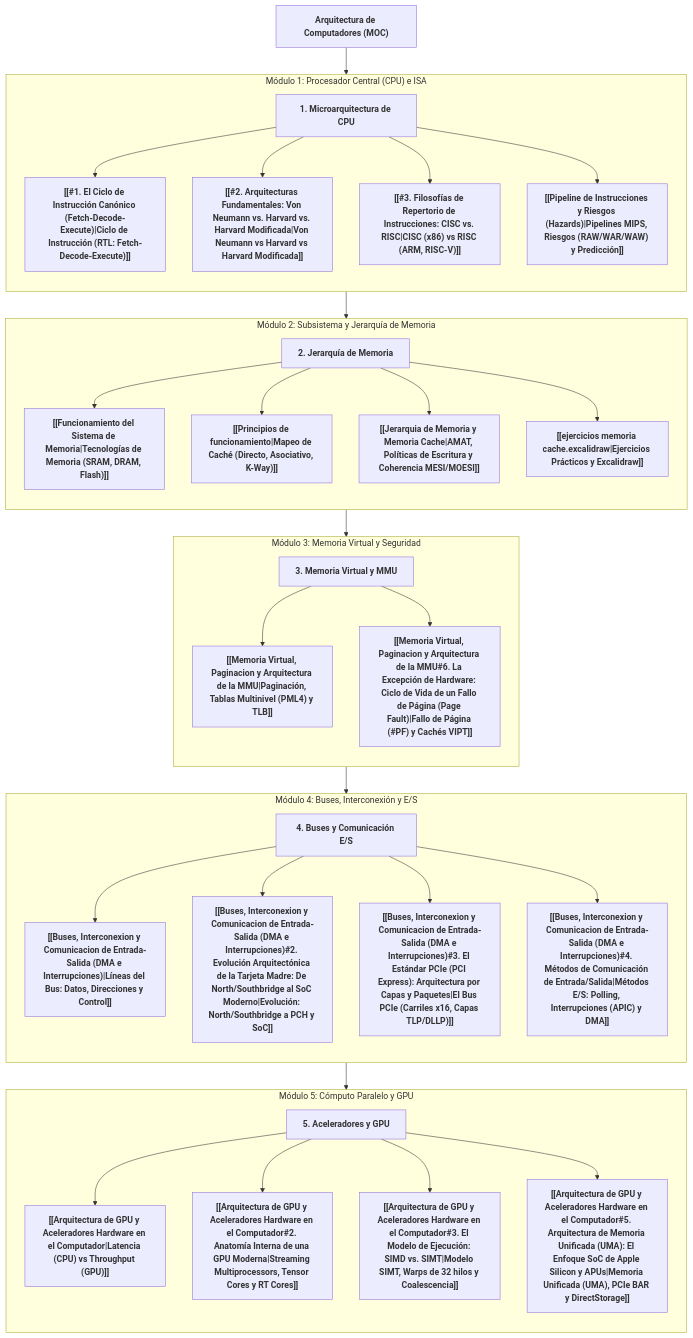
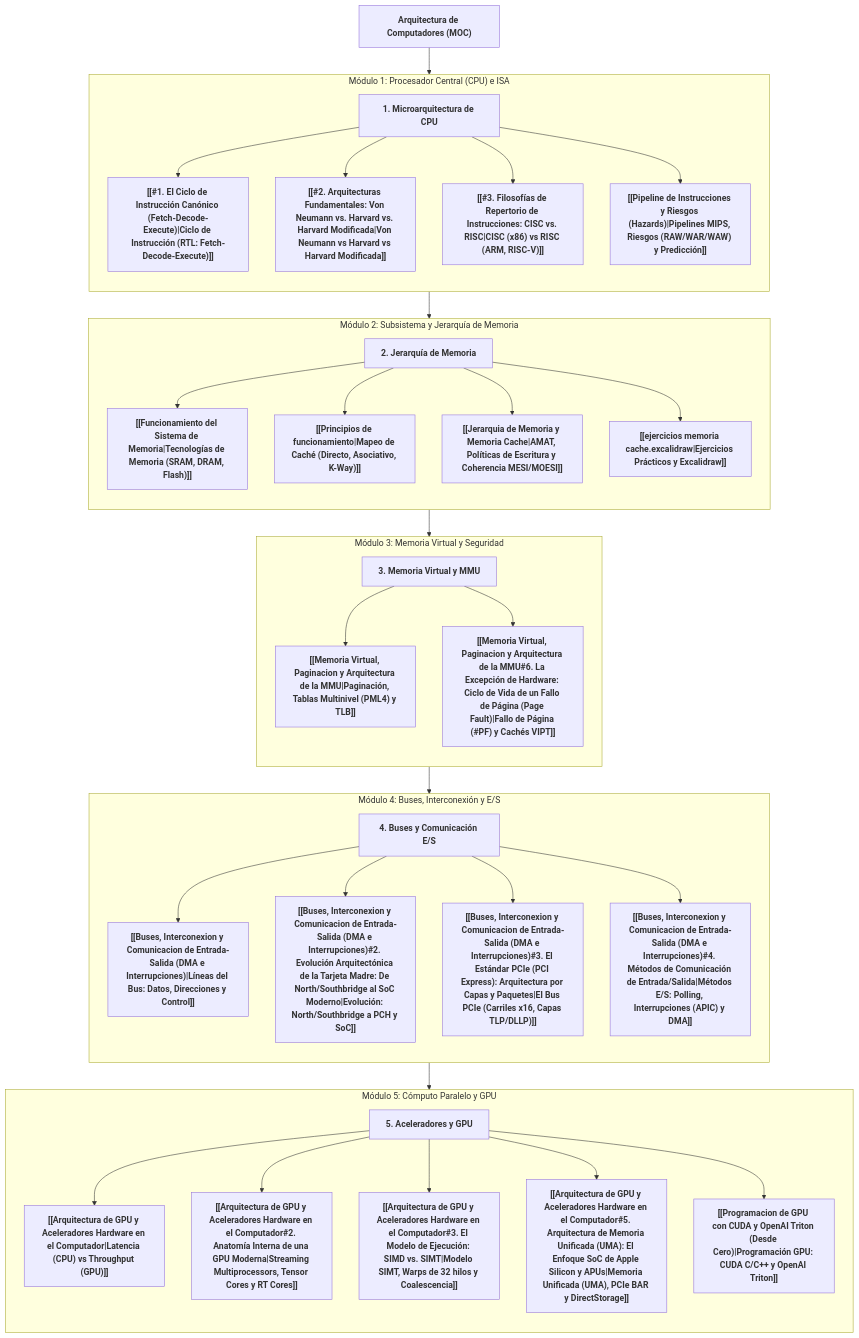
The second of 7 diagrams in Obsidian/pregrado/Documentos/Arquitectura de computadores/Arquitectura de Computadores.md (kalech7/notes), drawn with Mermaid before and after one commit. The commit also changed other lines of this file and 3 other files, not shown here.

Commit message:
feat(multiprocesamiento): agrega guia de CUDA y Triton desde cero, explica Kernel de SO vs GPU y conecta MOC de arquitectura

````diff
--- a/Obsidian/pregrado/Documentos/Arquitectura de computadores/Arquitectura de Computadores.md
+++ b/Obsidian/pregrado/Documentos/Arquitectura de computadores/Arquitectura de Computadores.md
@@ -55,58 +56,59 @@
 ```mermaid
 flowchart TD
     AC["<b>Arquitectura de Computadores (MOC)</b>"]
 
     subgraph Modulo1 ["Módulo 1: Procesador Central (CPU) e ISA"]
         direction TB
         CPU["<b>1. Microarquitectura de CPU</b>"]
         C_Cycle["<b>[[#1. El Ciclo de Instrucción Canónico (Fetch-Decode-Execute)|Ciclo de Instrucción (RTL: Fetch-Decode-Execute)]]</b>"]
         C_Arch["<b>[[#2. Arquitecturas Fundamentales: Von Neumann vs. Harvard vs. Harvard Modificada|Von Neumann vs Harvard vs Harvard Modificada]]</b>"]
         C_ISA["<b>[[#3. Filosofías de Repertorio de Instrucciones: CISC vs. RISC|CISC (x86) vs RISC (ARM, RISC-V)]]</b>"]
         C_Pipe["<b>[[Pipeline de Instrucciones y Riesgos (Hazards)|Pipelines MIPS, Riesgos (RAW/WAR/WAW) y Predicción]]</b>"]
         CPU --> C_Cycle & C_Arch & C_ISA & C_Pipe
     end
 
     subgraph Modulo2 ["Módulo 2: Subsistema y Jerarquía de Memoria"]
         direction TB
         MEM["<b>2. Jerarquía de Memoria</b>"]
         M_Tech["<b>[[Funcionamiento del Sistema de Memoria|Tecnologías de Memoria (SRAM, DRAM, Flash)]]</b>"]
         M_Princ["<b>[[Principios de funcionamiento|Mapeo de Caché (Directo, Asociativo, K-Way)]]</b>"]
         M_Hier["<b>[[Jerarquia de Memoria y Memoria Cache|AMAT, Políticas de Escritura y Coherencia MESI/MOESI]]</b>"]
         M_Ex["<b>[[ejercicios memoria cache.excalidraw|Ejercicios Prácticos y Excalidraw]]</b>"]
         MEM --> M_Tech & M_Princ & M_Hier & M_Ex
     end
 
     subgraph Modulo3 ["Módulo 3: Memoria Virtual y Seguridad"]
         direction TB
         VM["<b>3. Memoria Virtual y MMU</b>"]
         V_MMU["<b>[[Memoria Virtual, Paginacion y Arquitectura de la MMU|Paginación, Tablas Multinivel (PML4) y TLB]]</b>"]
         V_PF["<b>[[Memoria Virtual, Paginacion y Arquitectura de la MMU#6. La Excepción de Hardware: Ciclo de Vida de un Fallo de Página (Page Fault)|Fallo de Página (#PF) y Cachés VIPT]]</b>"]
         VM --> V_MMU & V_PF
     end
 
     subgraph Modulo4 ["Módulo 4: Buses, Interconexión y E/S"]
         direction TB
         BUS["<b>4. Buses y Comunicación E/S</b>"]
         B_Bus["<b>[[Buses, Interconexion y Comunicacion de Entrada-Salida (DMA e Interrupciones)|Líneas del Bus: Datos, Direcciones y Control]]</b>"]
         B_Evol["<b>[[Buses, Interconexion y Comunicacion de Entrada-Salida (DMA e Interrupciones)#2. Evolución Arquitectónica de la Tarjeta Madre: De North/Southbridge al SoC Moderno|Evolución: North/Southbridge a PCH y SoC]]</b>"]
         B_PCIe["<b>[[Buses, Interconexion y Comunicacion de Entrada-Salida (DMA e Interrupciones)#3. El Estándar PCIe (PCI Express): Arquitectura por Capas y Paquetes|El Bus PCIe (Carriles x16, Capas TLP/DLLP)]]</b>"]
         B_IO["<b>[[Buses, Interconexion y Comunicacion de Entrada-Salida (DMA e Interrupciones)#4. Métodos de Comunicación de Entrada/Salida|Métodos E/S: Polling, Interrupciones (APIC) y DMA]]</b>"]
         BUS --> B_Bus & B_Evol & B_PCIe & B_IO
     end
 
     subgraph Modulo5 ["Módulo 5: Cómputo Paralelo y GPU"]
         direction TB
         GPU["<b>5. Aceleradores y GPU</b>"]
         G_Phil["<b>[[Arquitectura de GPU y Aceleradores Hardware en el Computador|Latencia (CPU) vs Throughput (GPU)]]</b>"]
         G_SM["<b>[[Arquitectura de GPU y Aceleradores Hardware en el Computador#2. Anatomía Interna de una GPU Moderna|Streaming Multiprocessors, Tensor Cores y RT Cores]]</b>"]
         G_SIMT["<b>[[Arquitectura de GPU y Aceleradores Hardware en el Computador#3. El Modelo de Ejecución: SIMD vs. SIMT|Modelo SIMT, Warps de 32 hilos y Coalescencia]]</b>"]
         G_UMA["<b>[[Arquitectura de GPU y Aceleradores Hardware en el Computador#5. Arquitectura de Memoria Unificada (UMA): El Enfoque SoC de Apple Silicon y APUs|Memoria Unificada (UMA), PCIe BAR y DirectStorage]]</b>"]
-        GPU --> G_Phil & G_SM & G_SIMT & G_UMA
+        G_Prog["<b>[[Programacion de GPU con CUDA y OpenAI Triton (Desde Cero)|Programación GPU: CUDA C/C++ y OpenAI Triton]]</b>"]
+        GPU --> G_Phil & G_SM & G_SIMT & G_UMA & G_Prog
     end
 
     AC --> Modulo1
     Modulo1 --> Modulo2
     Modulo2 --> Modulo3
     Modulo3 --> Modulo4
     Modulo4 --> Modulo5
 ```
````
